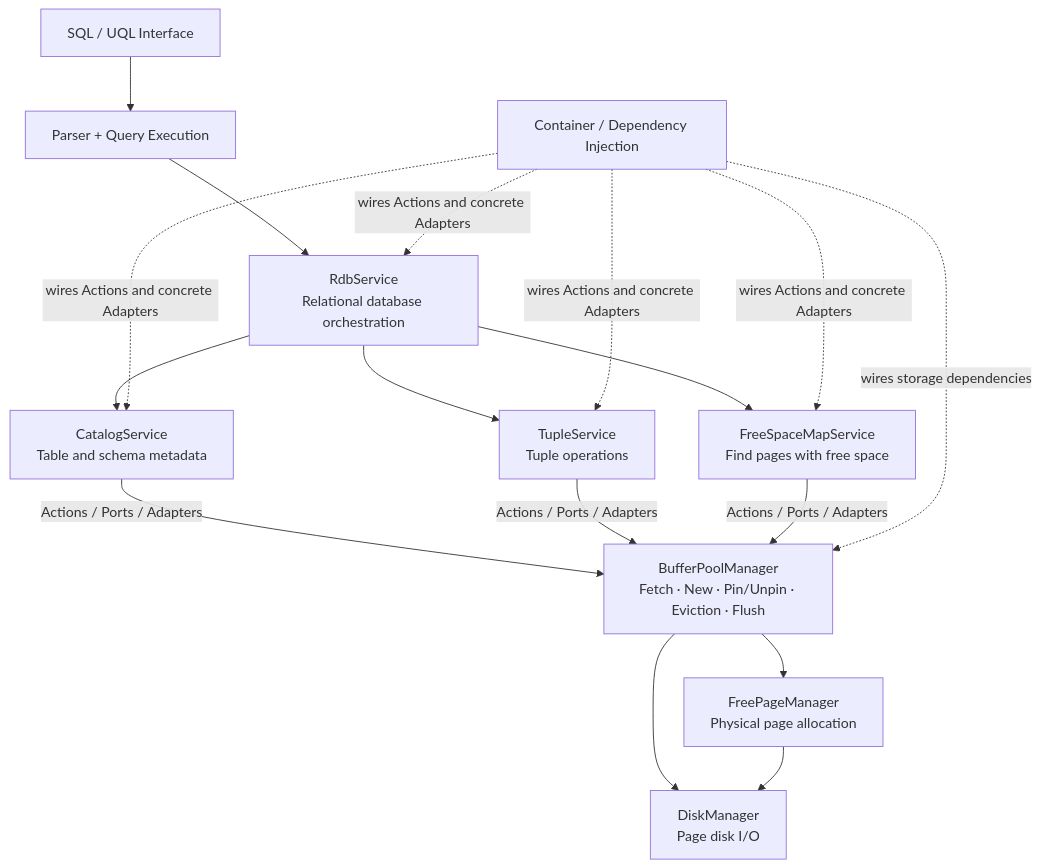
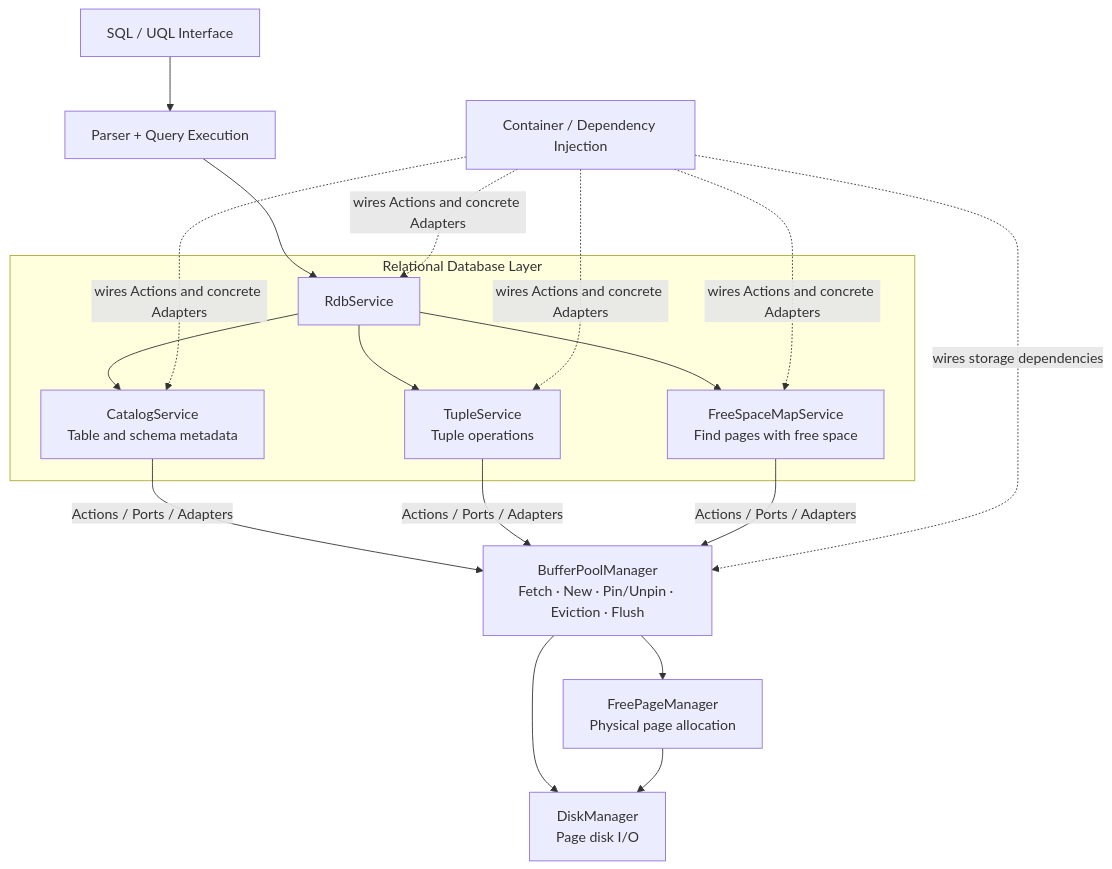
The diagram in README.md (soujash-mandal/UniDB), drawn with Mermaid before and after one commit.

Commit message:
docs: make RdbService visible in V1 architecture diagram

````diff
--- a/README.md
+++ b/README.md
@@ -3,35 +3,37 @@
 ```mermaid
 flowchart TD
     SQL["SQL / UQL Interface"]
     Query["Parser + Query Execution"]
-    RDB["RdbService<br/>Relational database orchestration"]
 
-    Catalog["CatalogService<br/>Table and schema metadata"]
-    Tuple["TupleService<br/>Tuple operations"]
-    FSM["FreeSpaceMapService<br/>Find pages with free space"]
+    subgraph RDB_LAYER["Relational Database Layer"]
+        RDB["RdbService"]
+        Catalog["CatalogService<br/>Table and schema metadata"]
+        Tuple["TupleService<br/>Tuple operations"]
+        FSM["FreeSpaceMapService<br/>Find pages with free space"]
+        RDB --> Catalog
+        RDB --> Tuple
+        RDB --> FSM
+    end
 
     BPM["BufferPoolManager<br/>Fetch · New · Pin/Unpin · Eviction · Flush"]
     FPM["FreePageManager<br/>Physical page allocation"]
     Disk["DiskManager<br/>Page disk I/O"]
+    Container["Container / Dependency Injection"]
 
     SQL --> Query
     Query --> RDB
-    RDB --> Catalog
-    RDB --> Tuple
-    RDB --> FSM
 
     Catalog -->|"Actions / Ports / Adapters"| BPM
     Tuple -->|"Actions / Ports / Adapters"| BPM
     FSM -->|"Actions / Ports / Adapters"| BPM
 
     BPM --> FPM
     BPM --> Disk
     FPM --> Disk
 
-    Container["Container / Dependency Injection"]
     Container -. "wires Actions and concrete Adapters" .-> RDB
     Container -. "wires Actions and concrete Adapters" .-> Catalog
     Container -. "wires Actions and concrete Adapters" .-> Tuple
     Container -. "wires Actions and concrete Adapters" .-> FSM
     Container -. "wires storage dependencies" .-> BPM
 ```
````
